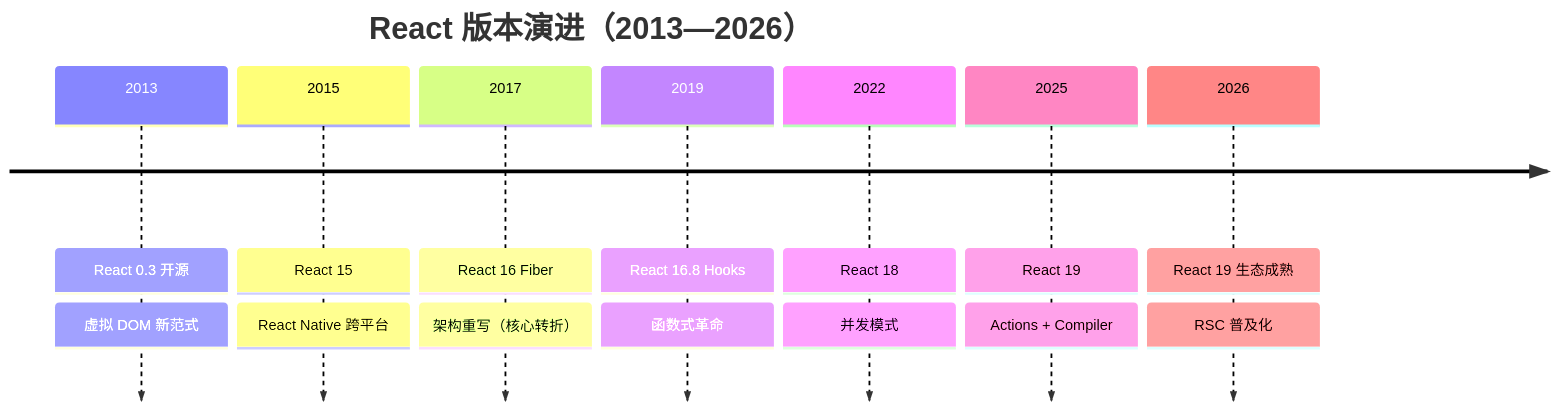
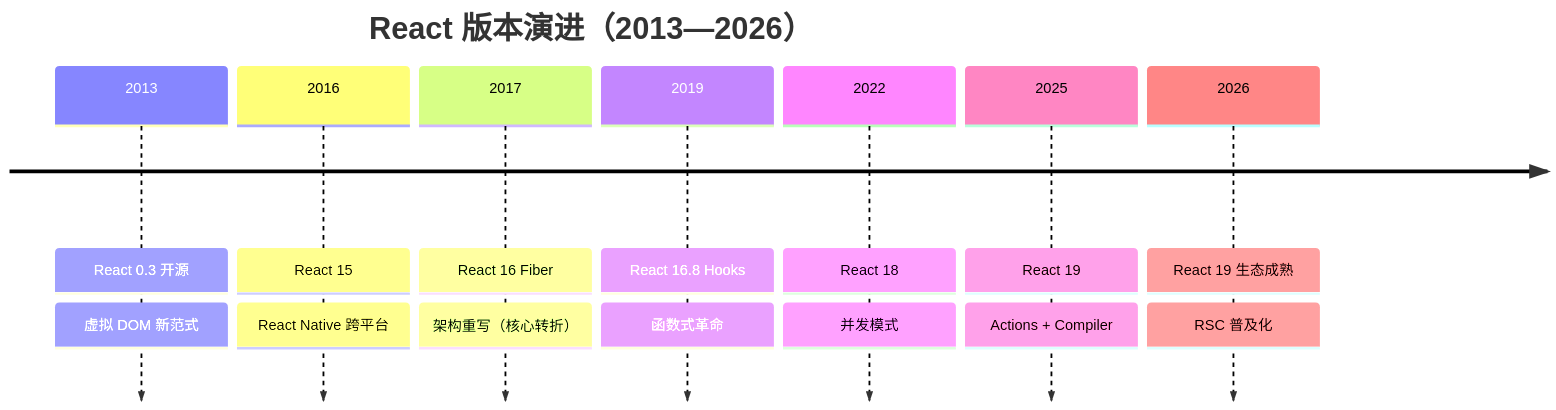
One commit to KMaybe01/common changed the third of 33 diagrams in S2-框架深入/04-React19.md. Above: the diagram before and after it, drawn with Mermaid. The commit also changed other lines of this file and 18 other files, not shown here.

````diff
--- a/S2-框架深入/04-React19.md
+++ b/S2-框架深入/04-React19.md
@@ -262,18 +262,18 @@
 ```mermaid
 timeline
     title React 版本演进（2013—2026）
     2013 : React 0.3 开源
          : 虚拟 DOM 新范式
-    2015 : React 15
+    2016 : React 15
          : React Native 跨平台
     2017 : React 16 Fiber
          : 架构重写（核心转折）
     2019 : React 16.8 Hooks
          : 函数式革命
     2022 : React 18
          : 并发模式
     2025 : React 19
          : Actions + Compiler
     2026 : React 19 生态成熟
          : RSC 普及化
 ```
````
